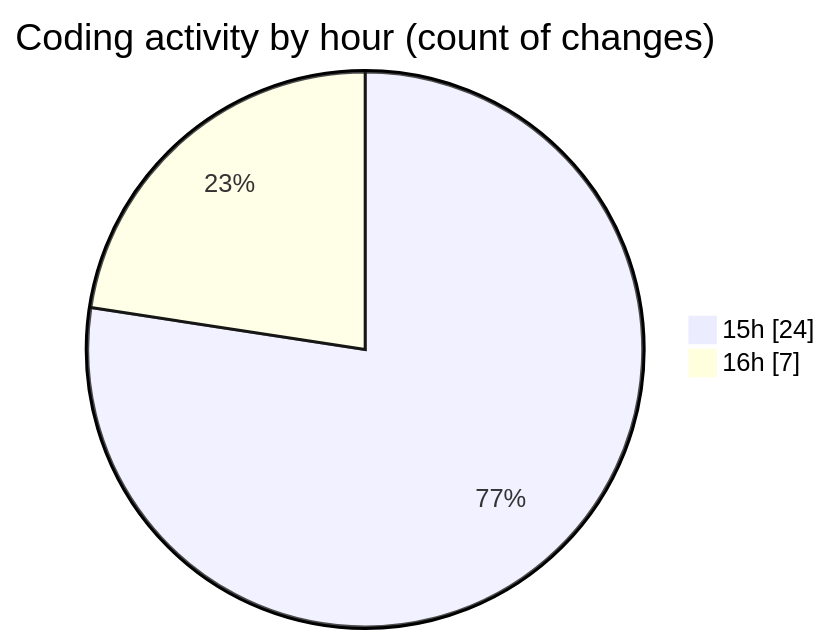
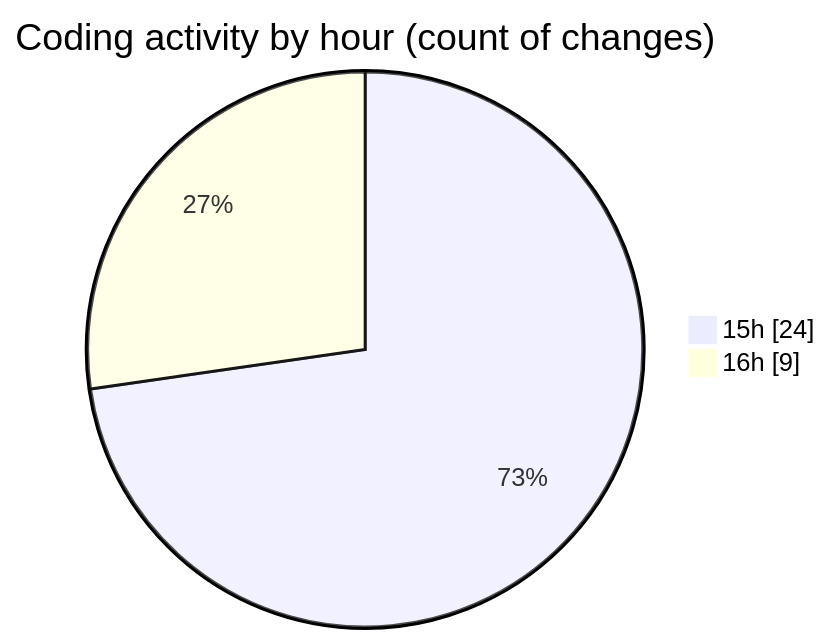
The second of 2 diagrams in 2025-07-31/tw-server/README.md (EIIisD/code-tracking), drawn with Mermaid before and after one commit. The commit also changed other lines of this file and 1 other file, not shown here.

````diff
--- a/2025-07-31/tw-server/README.md
+++ b/2025-07-31/tw-server/README.md
@@ -36,6 +36,6 @@
 ```mermaid
 pie showData
 title Coding activity by hour (count of changes)
 "15h" : 24
-"16h" : 7
+"16h" : 9
 ```
````
